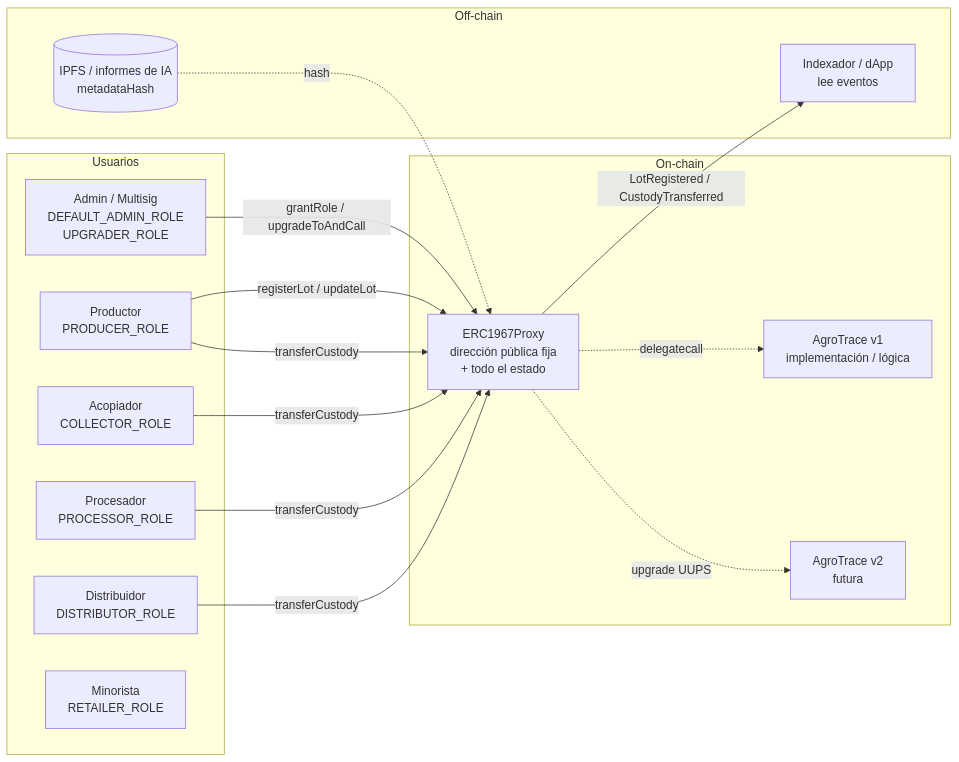
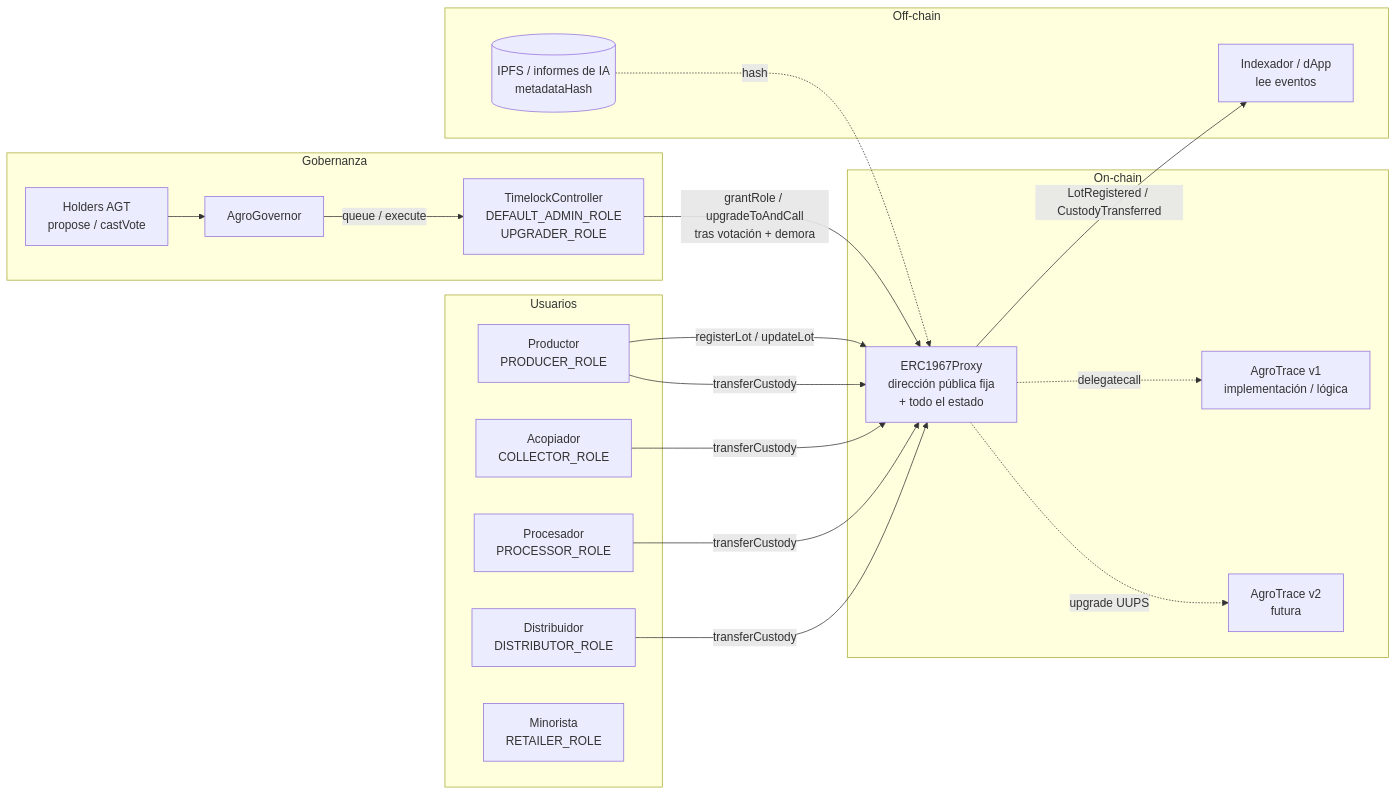
The first of 3 diagrams in agro-trace/README.md (hernick/blockchain-mainnet-practice), drawn with Mermaid before and after one commit. The commit also changed other lines of this file and 16 other files, not shown here.

First line of the commit message:
feat(agro-trace): gobernanza on-chain (Governor + Timelock) y proceso con Hermes Kanban

````diff
--- a/agro-trace/README.md
+++ b/agro-trace/README.md
@@ -63,30 +78,37 @@
 ```mermaid
 flowchart LR
+    subgraph Gobernanza
+        H[Holders AGT<br/>propose / castVote]
+        G[AgroGovernor]
+        A[TimelockController<br/>DEFAULT_ADMIN_ROLE<br/>UPGRADER_ROLE]
+    end
+
     subgraph Usuarios
-        A[Admin / Multisig<br/>DEFAULT_ADMIN_ROLE<br/>UPGRADER_ROLE]
         P[Productor<br/>PRODUCER_ROLE]
         C[Acopiador<br/>COLLECTOR_ROLE]
         PR[Procesador<br/>PROCESSOR_ROLE]
         D[Distribuidor<br/>DISTRIBUTOR_ROLE]
         R[Minorista<br/>RETAILER_ROLE]
     end
 
     subgraph On-chain
         X[ERC1967Proxy<br/>dirección pública fija<br/>+ todo el estado]
         I1[AgroTrace v1<br/>implementación / lógica]
         I2[AgroTrace v2<br/>futura]
     end
 
     subgraph Off-chain
         IPFS[(IPFS / informes de IA<br/>metadataHash)]
         IDX[Indexador / dApp<br/>lee eventos]
     end
 
-    A -- grantRole / upgradeToAndCall --> X
+    H --> G
+    G -- queue / execute --> A
+    A -- grantRole / upgradeToAndCall<br/>tras votación + demora --> X
     P -- registerLot / updateLot --> X
     P & C & PR & D -- transferCustody --> X
     X -. delegatecall .-> I1
     X -. upgrade UUPS .-> I2
     X -- LotRegistered / CustodyTransferred --> IDX
     IPFS -. hash .-> X
 ```
````
